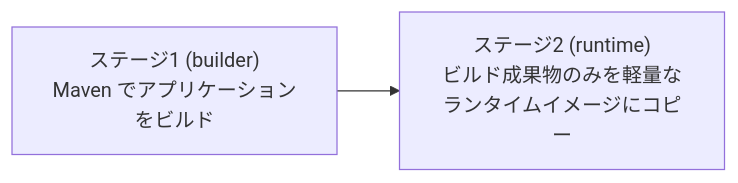
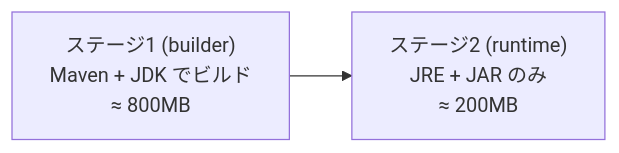
The first of 2 diagrams in docs/02-image-build.md (km-openshift-basic/main), drawn with Mermaid before and after one commit. The commit also changed other lines of this file, not shown here.

Commit message:
Enhance Dockerfile documentation by providing detailed explanations of key commands, multi-stage build benefits, and practical examples. Include a comparison of single vs multi-stage builds and a flowchart for choosing between Docker and S2I strategies.

````diff
--- a/docs/02-image-build.md
+++ b/docs/02-image-build.md
@@ -27,4 +72,4 @@
 ```mermaid
 graph LR
-    Stage1["ステージ1 (builder)<br/>Maven でアプリケーションをビルド"] --> Stage2["ステージ2 (runtime)<br/>ビルド成果物のみを軽量な<br/>ランタイムイメージにコピー"]
+    Stage1["ステージ1 (builder)<br/>Maven + JDK でビルド<br/>≈ 800MB"] --> Stage2["ステージ2 (runtime)<br/>JRE + JAR のみ<br/>≈ 200MB"]
 ```
````
